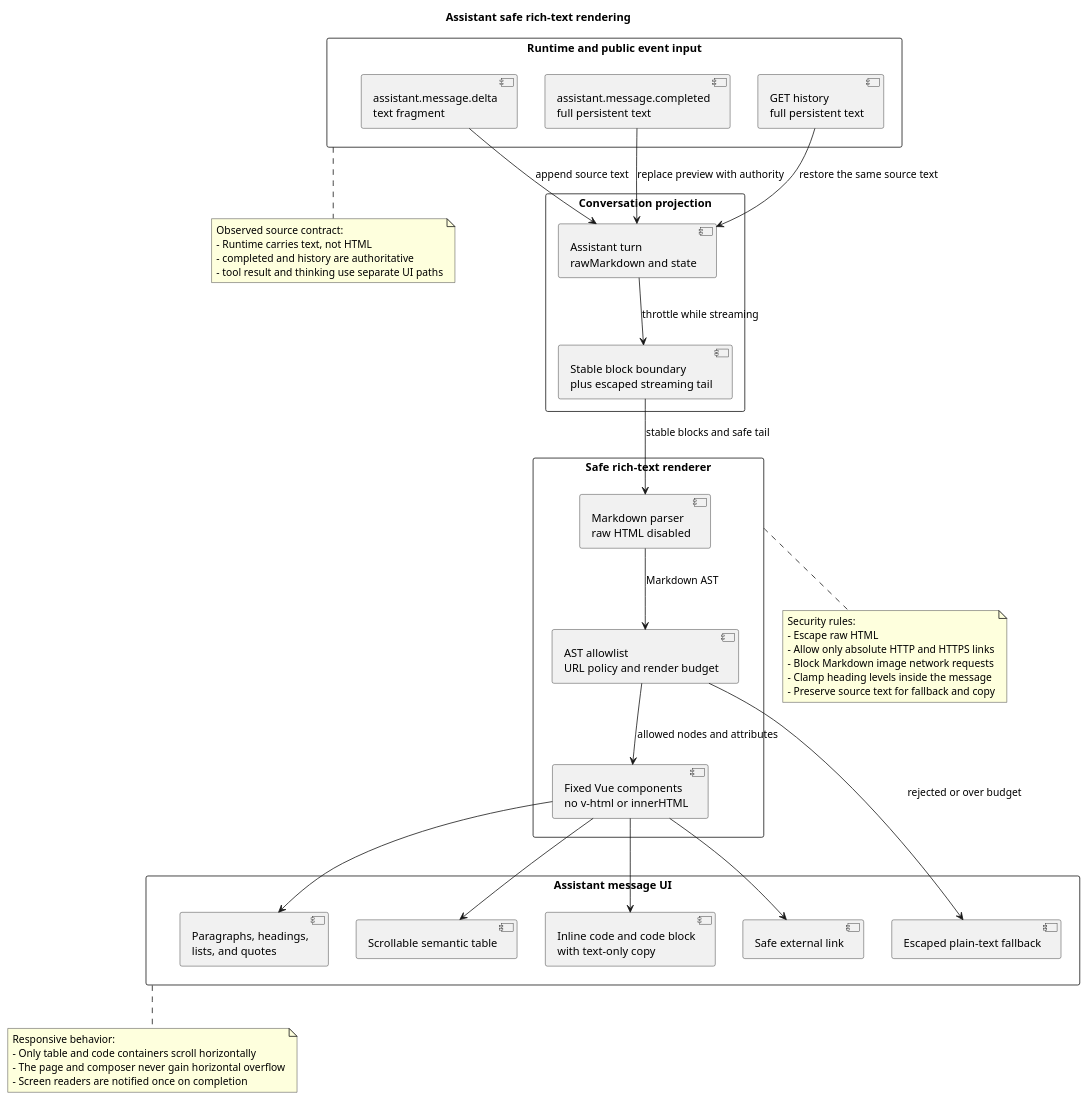
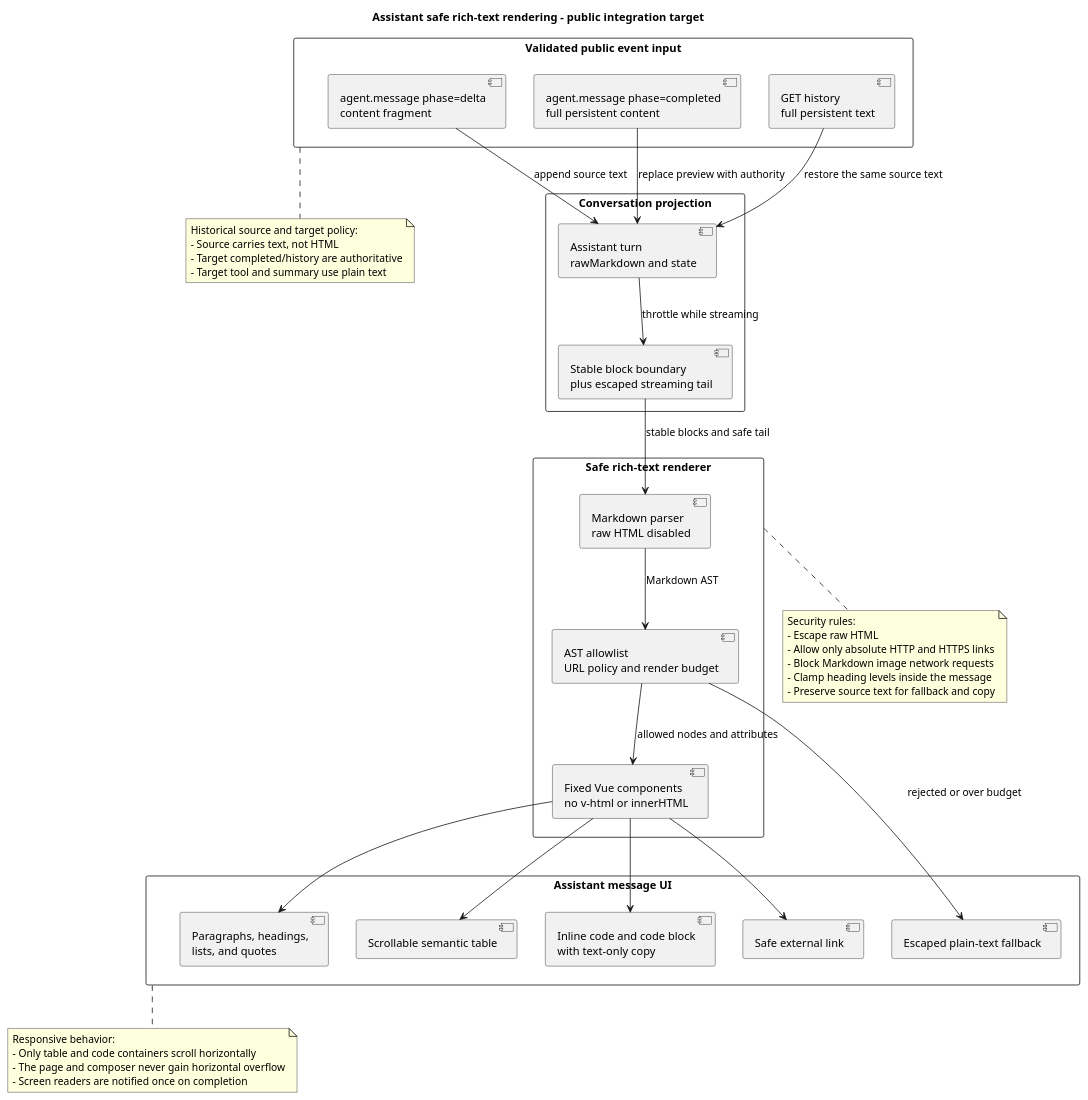
Before and after one commit to ssm0808/pi-mono-java-design: the third of 6 diagrams in 01-总体架构/04-CampusClaw前端体验/diagram.puml, drawn with PlantUML. The commit also changed other lines of this file and 18 other files, not shown here.

```diff
--- a/01-总体架构/04-CampusClaw前端体验/diagram.puml
+++ b/01-总体架构/04-CampusClaw前端体验/diagram.puml
@@ -160,76 +133,78 @@
 @startuml assistant_rich_text_rendering
 ' Source baseline: pi-mono-java bde123706305a41e51c9a47b22e6ad11bbd8204c.
+' Historical evidence below; dfb90ca frontend/package.json already includes markdown-it.
+' Target decision: reuse the parser with a public content policy, not raw debugger visibility.
 ' Source evidence: frontend/src/components/ConversationTimeline.vue lines 37-49 (assistant text interpolation).
 ' Source evidence: frontend/src/projectors/runtimeEventProjector.ts lines 40-55 (projectAssistantEvent) and 133-145 (text extraction).
 ' Source evidence: frontend/src/style.css lines 784-789 (.assistant-message plain pre-wrap styling).
 ' Source evidence: modules/coding-agent-cli/src/main/java/com/campusclaw/codingagent/runtimeapi/event/RuntimeEventProjector.java lines 149-176 and 215-238.
 ' Source evidence: modules/coding-agent-cli/src/main/java/com/campusclaw/codingagent/runtimeapi/event/RuntimeEntryCodec.java lines 67-88, 195-210, 430-442, and 557-601.
 ' Observed behavior: assistant text is preserved across delta, completed entry, SSE, and history but the current Vue component renders it as plain text.
 ' Target-only design: the Markdown parser, safe AST policy, Vue rich-text components, and rendering budget are not implemented at this baseline.
 ' Security hardening: raw HTML, remote Markdown images, relative application routes, and dangerous URL schemes never become active DOM.
 ' Design reason: use one raw Markdown source and one renderer so streaming, completion, and history recovery converge to equivalent UI.
 
-title Assistant safe rich-text rendering
+title Assistant safe rich-text rendering - public integration target
 top to bottom direction
 
-rectangle "Runtime and public event input" as Input {
-  component "assistant.message.delta\ntext fragment" as Delta
-  component "assistant.message.completed\nfull persistent text" as Completed
+rectangle "Validated public event input" as Input {
+  component "agent.message phase=delta\ncontent fragment" as Delta
+  component "agent.message phase=completed\nfull persistent content" as Completed
   component "GET history\nfull persistent text" as History
 }
 
 rectangle "Conversation projection" as Projection {
   component "Assistant turn\nrawMarkdown and state" as Raw
   component "Stable block boundary\nplus escaped streaming tail" as Stable
 }
 
 rectangle "Safe rich-text renderer" as Renderer {
   component "Markdown parser\nraw HTML disabled" as Parser
   component "AST allowlist\nURL policy and render budget" as Policy
   component "Fixed Vue components\nno v-html or innerHTML" as Vue
 }
 
 rectangle "Assistant message UI" as UI {
   component "Paragraphs, headings,\nlists, and quotes" as Prose
   component "Scrollable semantic table" as Table
   component "Inline code and code block\nwith text-only copy" as Code
   component "Safe external link" as Link
   component "Escaped plain-text fallback" as Fallback
 }
 
 Delta --> Raw : append source text
 Completed --> Raw : replace preview with authority
 History --> Raw : restore the same source text
 Raw --> Stable : throttle while streaming
 Stable --> Parser : stable blocks and safe tail
 Parser --> Policy : Markdown AST
 Policy --> Vue : allowed nodes and attributes
 Policy --> Fallback : rejected or over budget
 Vue --> Prose
 Vue --> Table
 Vue --> Code
 Vue --> Link
 
 note bottom of Input
-Observed source contract:
-- Runtime carries text, not HTML
-- completed and history are authoritative
-- tool result and thinking use separate UI paths
+Historical source and target policy:
+- Source carries text, not HTML
+- Target completed/history are authoritative
+- Target tool and summary use plain text
 end note
 
 note bottom of Renderer
 Security rules:
 - Escape raw HTML
 - Allow only absolute HTTP and HTTPS links
 - Block Markdown image network requests
 - Clamp heading levels inside the message
 - Preserve source text for fallback and copy
 end note
 
 note bottom of UI
 Responsive behavior:
 - Only table and code containers scroll horizontally
 - The page and composer never gain horizontal overflow
 - Screen readers are notified once on completion
 end note
 @enduml
```
